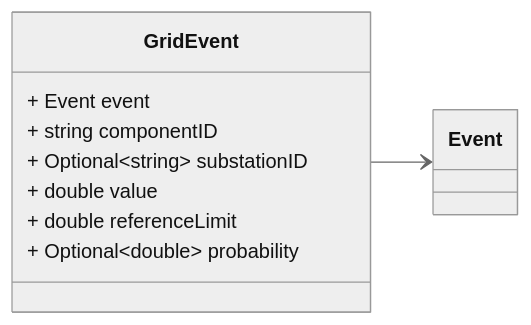
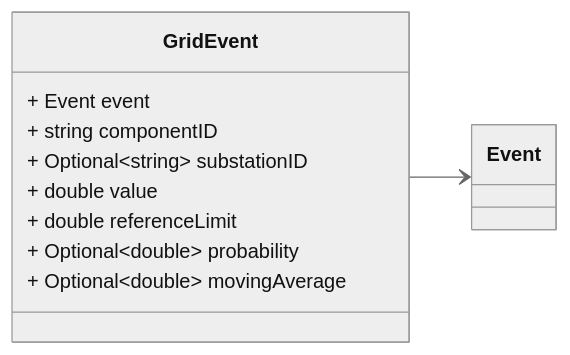
Before and after one commit to zaphiro-technologies/protobuf: the first of 18 diagrams in docs/grid/v1/grid_event.proto.md, drawn with Mermaid (neutral theme). The commit also changed other lines of this file and 5 other files, not shown here.

First line of the commit message:
Add moving average field to grid event (#128)

````diff
--- a/docs/grid/v1/grid_event.proto.md
+++ b/docs/grid/v1/grid_event.proto.md
@@ -28,28 +28,29 @@
 ```mermaid
 classDiagram
 direction LR
 
 %% A grid event.
 %% Headers used in rabbitMQ (only if not sent as part of `DataSet`):
 %% * `id` (string): id of the `Event`
 %% * `type` (string): always `Event` - used for routing.
 %% * `eventType` (string): the specific type of `GridEvent`, this is required in addition 
 %%  to `type` for de-serialization of the messages.
 %% * `sourceId` (string): DEPRECATED: use: producerId. the id of the source (e.g. a PMU) that generated the event
 %% * `producerId` (string): the id of the producer (e.g. a PMU) that generated the event
 %% * `sourceType` (string): the Event source type
 %% event. cf enum EventSourceType
 %% * `timestampId` (int64): related measurement Unix msec timestamp (if any)
 %% 
 
 class GridEvent {
   + Event event
   + string componentID
   + Optional~string~ substationID
   + double value
   + double referenceLimit
   + Optional~double~ probability
+  + Optional~double~ movingAverage
 }
 GridEvent --> `Event`
 
 ```
````
